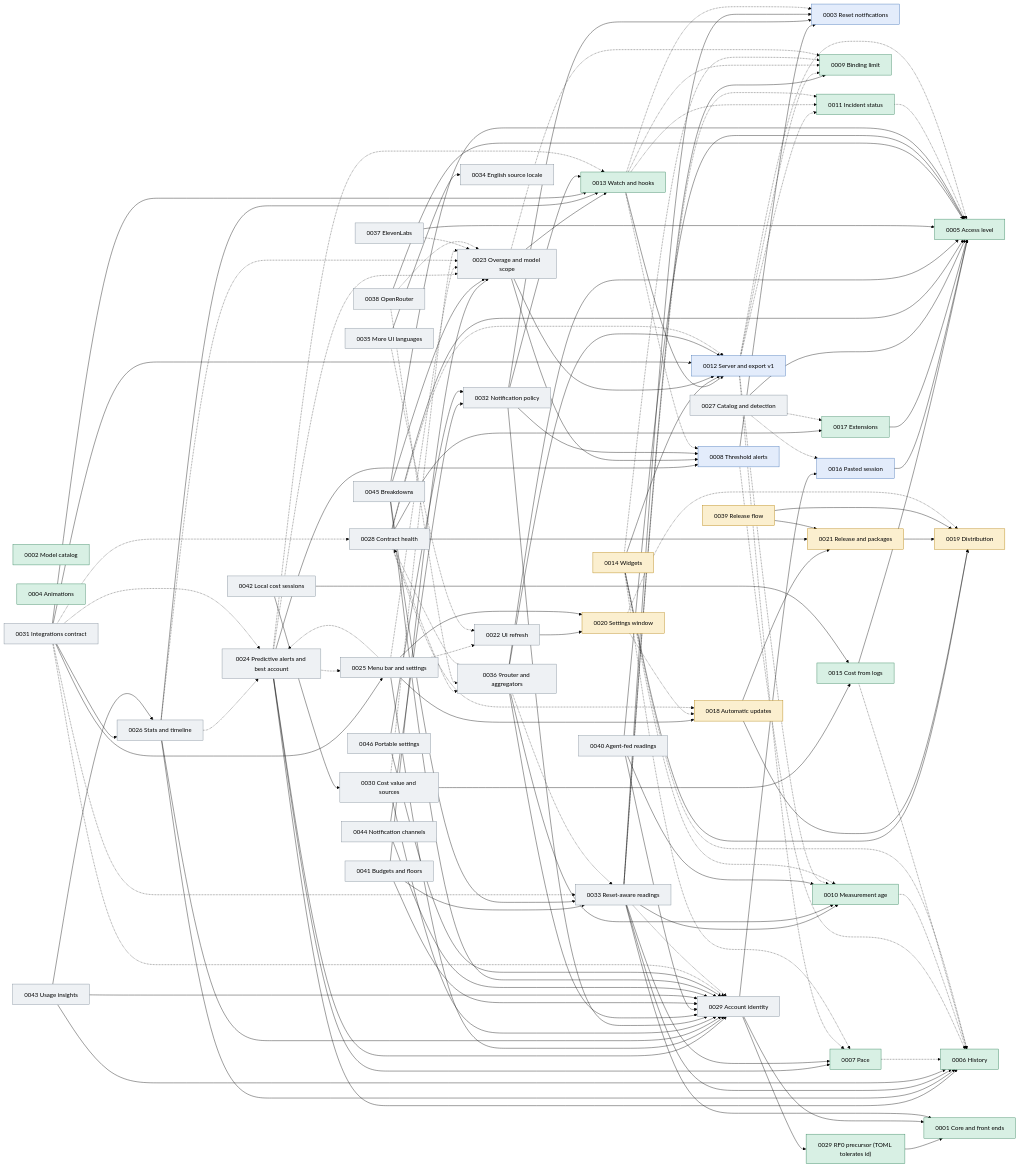
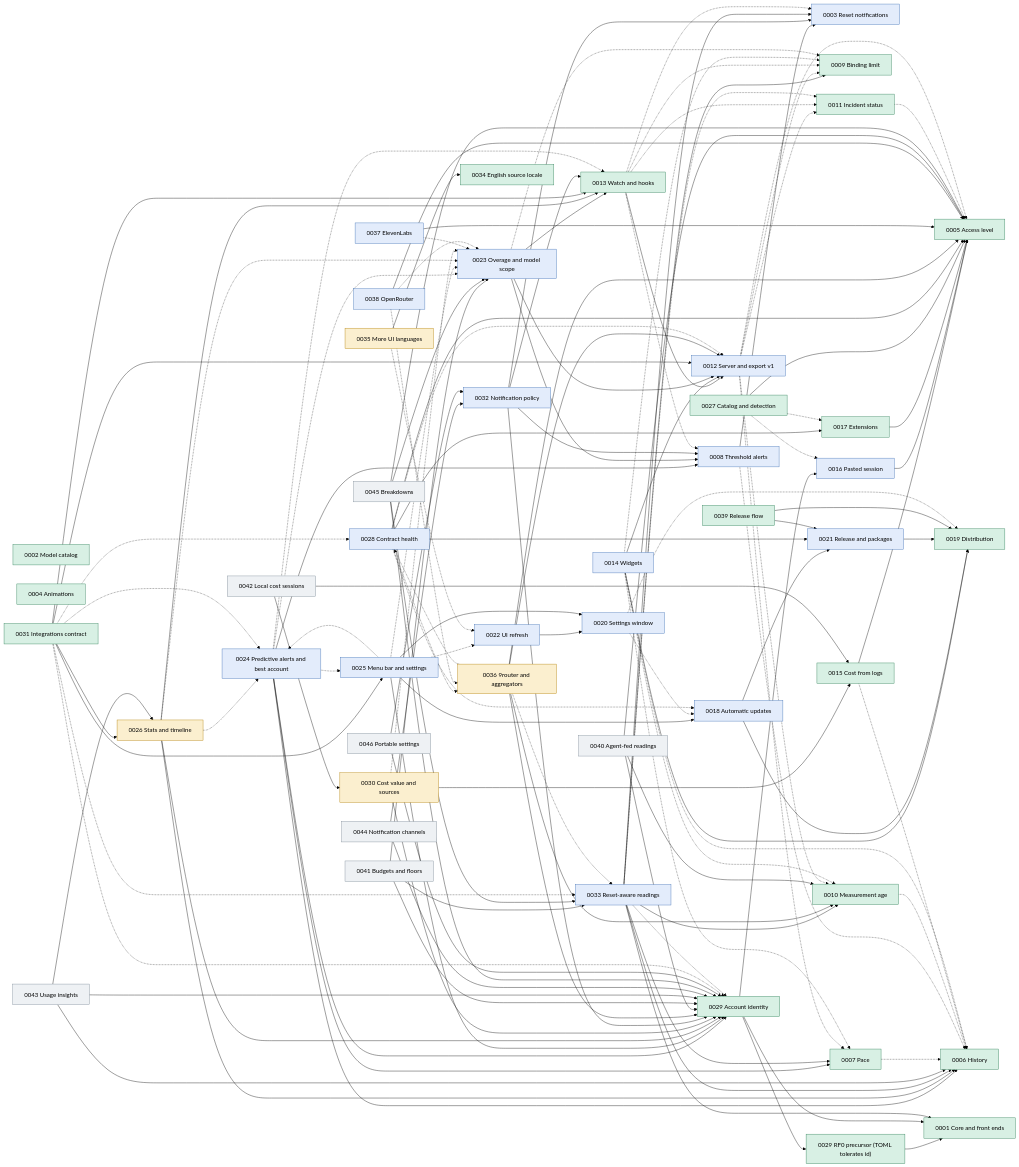
The diagram in docs/plans/0000_control.md (jmarcon/cuotai), drawn with Mermaid (forest theme) before and after one commit. The commit also changed other lines of this file and 31 other files, not shown here.

```diff
--- a/docs/plans/0000_control.md
+++ b/docs/plans/0000_control.md
@@ -213,33 +220,33 @@
   P11["0011 Incident status"]:::done
   P12["0012 Server and export v1"]:::await
   P13["0013 Watch and hooks"]:::done
-  P14["0014 Widgets"]:::wip
+  P14["0014 Widgets"]:::await
   P15["0015 Cost from logs"]:::done
   P16["0016 Pasted session"]:::await
   P17["0017 Extensions"]:::done
-  P18["0018 Automatic updates"]:::wip
-  P19["0019 Distribution"]:::wip
-  P20["0020 Settings window"]:::wip
-  P21["0021 Release and packages"]:::wip
-  P22["0022 UI refresh"]:::todo
-  P23["0023 Overage and model scope"]:::todo
-  P24["0024 Predictive alerts and best account"]:::todo
-  P25["0025 Menu bar and settings"]:::todo
-  P26["0026 Stats and timeline"]:::todo
-  P27["0027 Catalog and detection"]:::todo
-  P28["0028 Contract health"]:::todo
+  P18["0018 Automatic updates"]:::await
+  P19["0019 Distribution"]:::done
+  P20["0020 Settings window"]:::await
+  P21["0021 Release and packages"]:::await
+  P22["0022 UI refresh"]:::await
+  P23["0023 Overage and model scope"]:::await
+  P24["0024 Predictive alerts and best account"]:::await
+  P25["0025 Menu bar and settings"]:::await
+  P26["0026 Stats and timeline"]:::wip
+  P27["0027 Catalog and detection"]:::done
+  P28["0028 Contract health"]:::await
   P29R0["0029 RF0 precursor (TOML tolerates id)"]:::done
-  P29["0029 Account identity"]:::todo
-  P30["0030 Cost value and sources"]:::todo
-  P31["0031 Integrations contract"]:::todo
-  P32["0032 Notification policy"]:::todo
-  P33["0033 Reset-aware readings"]:::todo
-  P34["0034 English source locale"]:::todo
-  P35["0035 More UI languages"]:::todo
-  P36["0036 9router and aggregators"]:::todo
-  P37["0037 ElevenLabs"]:::todo
-  P38["0038 OpenRouter"]:::todo
-  P39["0039 Release flow"]:::wip
+  P29["0029 Account identity"]:::done
+  P30["0030 Cost value and sources"]:::wip
+  P31["0031 Integrations contract"]:::done
+  P32["0032 Notification policy"]:::await
+  P33["0033 Reset-aware readings"]:::await
+  P34["0034 English source locale"]:::done
+  P35["0035 More UI languages"]:::wip
+  P36["0036 9router and aggregators"]:::wip
+  P37["0037 ElevenLabs"]:::await
+  P38["0038 OpenRouter"]:::await
+  P39["0039 Release flow"]:::done
   P40["0040 Agent-fed readings"]:::todo
   P41["0041 Budgets and floors"]:::todo
   P42["0042 Local cost sessions"]:::todo
```
